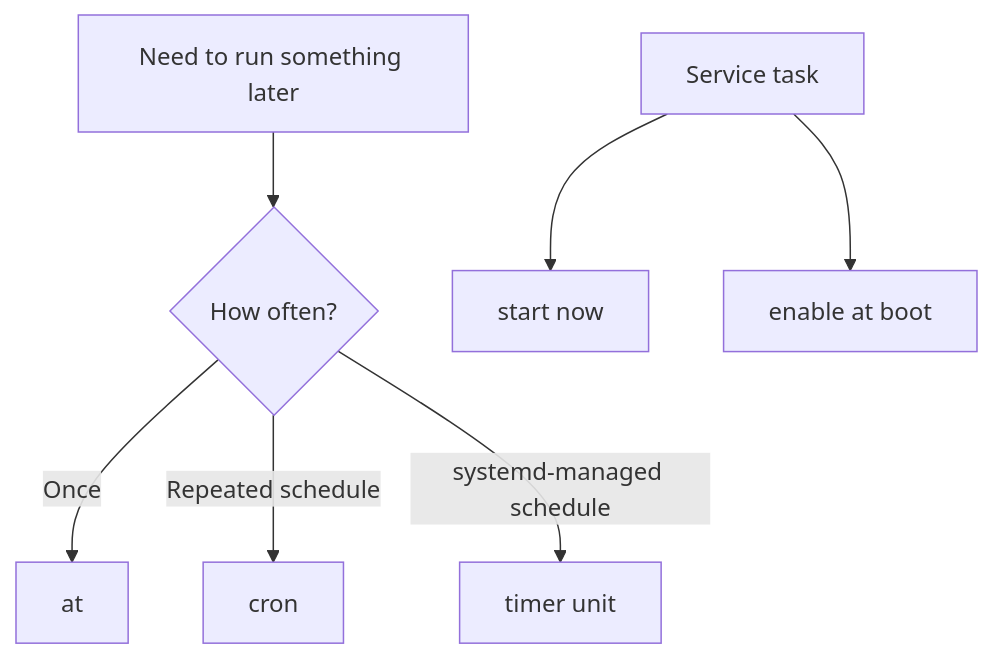
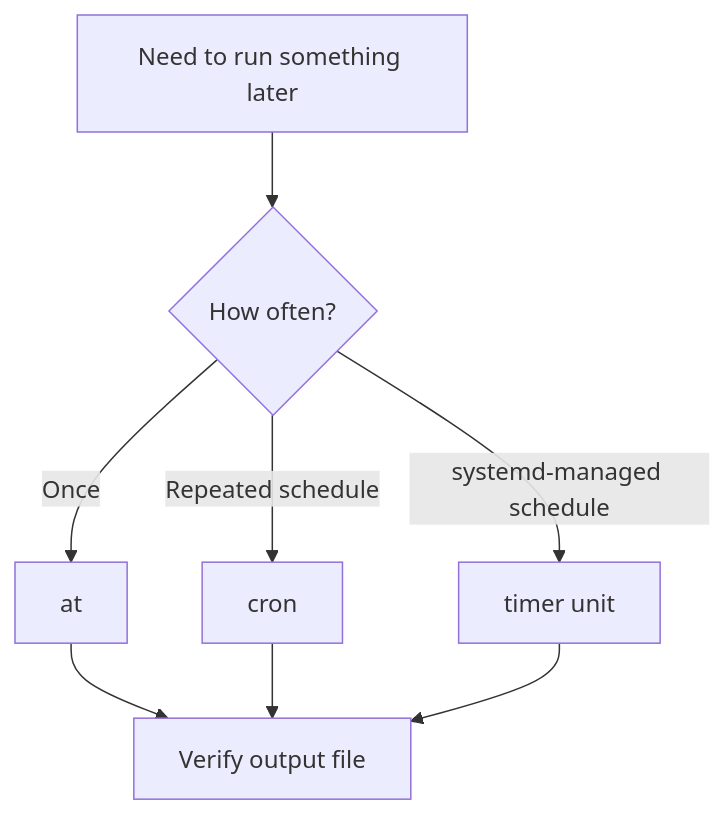
The first of 3 diagrams in 12-scheduling-services-time-and-bootloader.md (zainulhasan/rhcsa), drawn with Mermaid before and after one commit. The commit also changed other lines of this file, not shown here.

````diff
--- a/12-scheduling-services-time-and-bootloader.md
+++ b/12-scheduling-services-time-and-bootloader.md
@@ -57,9 +49,10 @@
 ```mermaid
 flowchart TD
     A["Need to run something later"] --> B{"How often?"}
     B -- "Once" --> C["at"]
     B -- "Repeated schedule" --> D["cron"]
     B -- "systemd-managed schedule" --> E["timer unit"]
-    F["Service task"] --> G["start now"]
-    F --> H["enable at boot"]
+    C --> H["Verify output file"]
+    D --> H
+    E --> H
 ```
````
